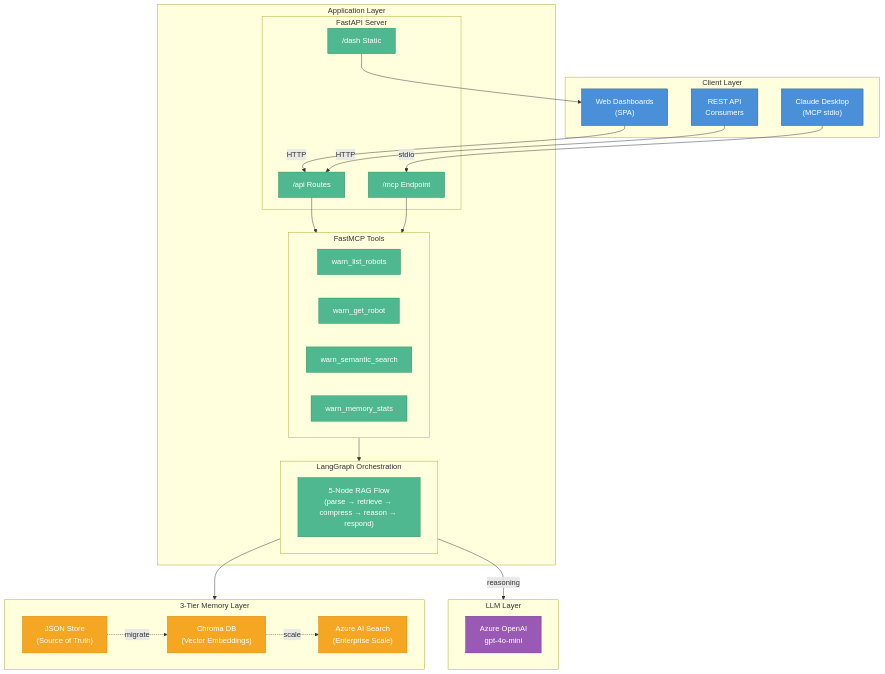
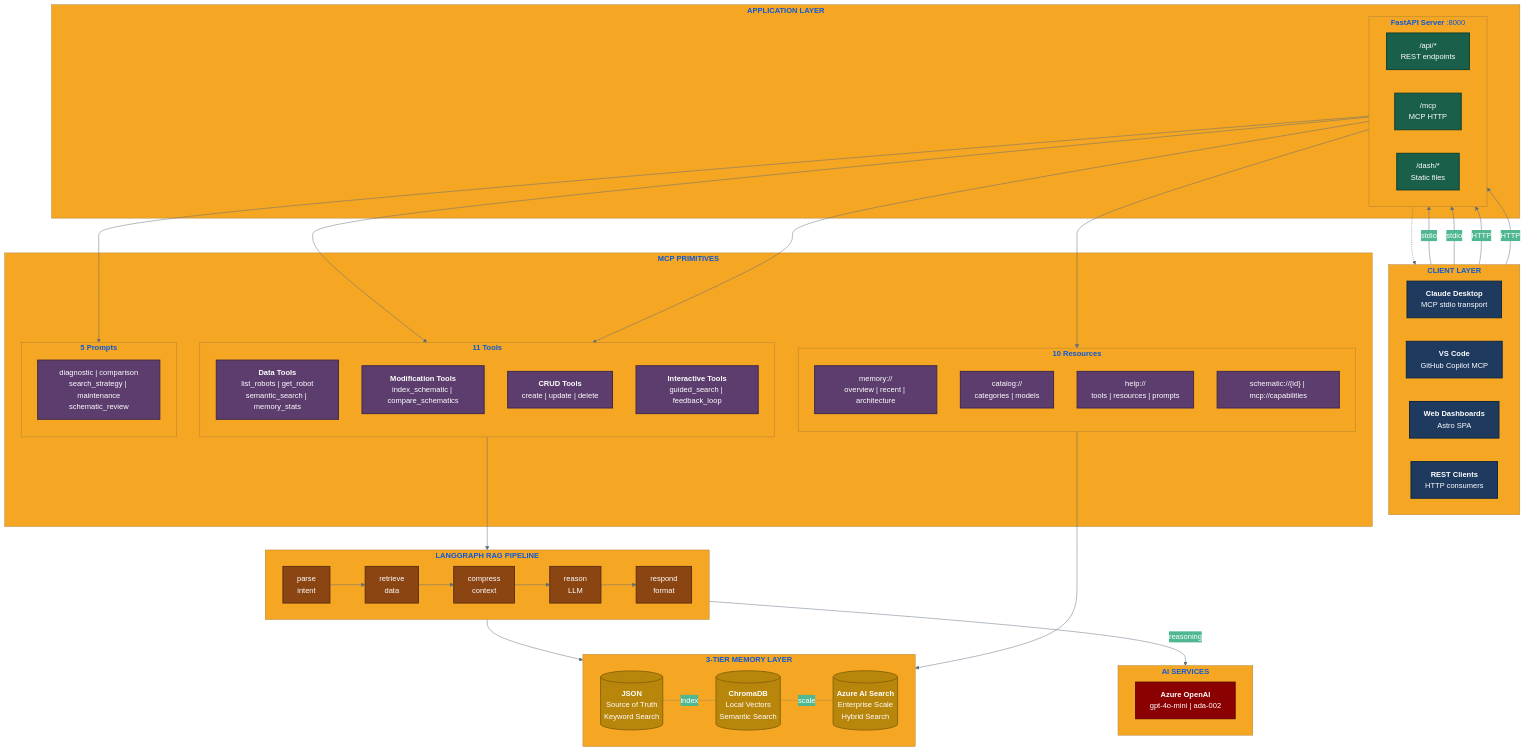
The diagram in docs/diagrams/system-overview.md (timothywarner-org/context-engineering), drawn with Mermaid before and after one commit. The commit also changed other lines of this file and 6 other files, not shown here.

First line of the commit message:
Add architecture diagrams and MCP primitives documentation

````diff
--- a/docs/diagrams/system-overview.md
+++ b/docs/diagrams/system-overview.md
@@ -3,63 +3,98 @@
 ```mermaid
+%%{init: {'theme': 'base', 'themeVariables': { 'primaryColor': '#4a90d9', 'primaryTextColor': '#fff', 'primaryBorderColor': '#2e5984', 'lineColor': '#5a6c7d', 'secondaryColor': '#50b890', 'tertiaryColor': '#f5a623', 'fontFamily': 'Inter, system-ui, sans-serif'}}}%%
 flowchart TB
-    subgraph Clients["Client Layer"]
-        CD["Claude Desktop<br/>(MCP stdio)"]
-        DASH["Web Dashboards<br/>(SPA)"]
-        API["REST API<br/>Consumers"]
+    subgraph Clients["<b>CLIENT LAYER</b>"]
+        direction LR
+        CD["<b>Claude Desktop</b><br/>MCP stdio transport"]
+        VSC["<b>VS Code</b><br/>GitHub Copilot MCP"]
+        DASH["<b>Web Dashboards</b><br/>Astro SPA"]
+        API["<b>REST Clients</b><br/>HTTP consumers"]
     end
 
-    subgraph App["Application Layer"]
-        subgraph FastAPI["FastAPI Server"]
-            ROUTES["/api Routes"]
-            MCP_MOUNT["/mcp Endpoint"]
-            STATIC["/dash Static"]
-        end
-
-        subgraph FastMCP["FastMCP Tools"]
-            T1["warn_list_robots"]
-            T2["warn_get_robot"]
-            T3["warn_semantic_search"]
-            T4["warn_memory_stats"]
-        end
-
-        subgraph LangGraph["LangGraph Orchestration"]
-            LG["5-Node RAG Flow<br/>(parse → retrieve → compress → reason → respond)"]
+    subgraph Server["<b>APPLICATION LAYER</b>"]
+        subgraph FastAPI["<b>FastAPI Server</b> :8000"]
+            direction LR
+            ROUTES["/api/*<br/>REST endpoints"]
+            MCP_EP["/mcp<br/>MCP HTTP"]
+            STATIC["/dash/*<br/>Static files"]
         end
     end
 
-    subgraph Memory["3-Tier Memory Layer"]
-        direction LR
-        JSON["JSON Store<br/>(Source of Truth)"]
-        CHROMA["Chroma DB<br/>(Vector Embeddings)"]
-        AZURE_SEARCH["Azure AI Search<br/>(Enterprise Scale)"]
+    subgraph MCP["<b>MCP PRIMITIVES</b>"]
+        subgraph Tools["<b>11 Tools</b>"]
+            direction TB
+            T_DATA["<b>Data Tools</b><br/>list_robots | get_robot<br/>semantic_search | memory_stats"]
+            T_MOD["<b>Modification Tools</b><br/>index_schematic | compare_schematics"]
+            T_CRUD["<b>CRUD Tools</b><br/>create | update | delete"]
+            T_INT["<b>Interactive Tools</b><br/>guided_search | feedback_loop"]
+        end
+
+        subgraph Resources["<b>10 Resources</b>"]
+            direction TB
+            R_MEM["memory://<br/>overview | recent | architecture"]
+            R_CAT["catalog://<br/>categories | models"]
+            R_HELP["help://<br/>tools | resources | prompts"]
+            R_META["schematic://{id} | mcp://capabilities"]
+        end
+
+        subgraph Prompts["<b>5 Prompts</b>"]
+            direction TB
+            P_ALL["diagnostic | comparison<br/>search_strategy | maintenance<br/>schematic_review"]
+        end
     end
 
-    subgraph LLM["LLM Layer"]
-        OPENAI["Azure OpenAI<br/>gpt-4o-mini"]
+    subgraph Orchestration["<b>LANGGRAPH RAG PIPELINE</b>"]
+        direction LR
+        LG1["parse<br/>intent"]
+        LG2["retrieve<br/>data"]
+        LG3["compress<br/>context"]
+        LG4["reason<br/>LLM"]
+        LG5["respond<br/>format"]
+        LG1 --> LG2 --> LG3 --> LG4 --> LG5
     end
 
-    CD -->|stdio| MCP_MOUNT
+    subgraph Memory["<b>3-TIER MEMORY LAYER</b>"]
+        direction LR
+        JSON[("<b>JSON</b><br/>Source of Truth<br/>Keyword Search")]
+        CHROMA[("<b>ChromaDB</b><br/>Local Vectors<br/>Semantic Search")]
+        AZURE[("<b>Azure AI Search</b><br/>Enterprise Scale<br/>Hybrid Search")]
+        JSON -.-|"index"| CHROMA
+        CHROMA -.-|"scale"| AZURE
+    end
+
+    subgraph AI["<b>AI SERVICES</b>"]
+        AOAI["<b>Azure OpenAI</b><br/>gpt-4o-mini | ada-002"]
+    end
+
+    %% Connections
+    CD -->|stdio| MCP_EP
+    VSC -->|stdio| MCP_EP
     DASH -->|HTTP| ROUTES
     API -->|HTTP| ROUTES
 
-    ROUTES --> FastMCP
-    MCP_MOUNT --> FastMCP
-    STATIC --> DASH
+    ROUTES --> Tools
+    MCP_EP --> Tools
+    MCP_EP --> Resources
+    MCP_EP --> Prompts
+    STATIC -.-> DASH
 
-    FastMCP --> LangGraph
-    LangGraph --> Memory
-    LangGraph -->|reasoning| LLM
+    Tools --> Orchestration
+    Orchestration --> Memory
+    Orchestration -->|"reasoning"| AI
+    Resources --> Memory
 
-    JSON -.->|migrate| CHROMA
-    CHROMA -.->|scale| AZURE_SEARCH
+    %% Styling - High contrast colors
+    classDef clientBox fill:#1e3a5f,stroke:#0d253f,color:#fff,stroke-width:2px
+    classDef serverBox fill:#1a5f4a,stroke:#0d3d2e,color:#fff,stroke-width:2px
+    classDef mcpBox fill:#5c3d6e,stroke:#3d2847,color:#fff,stroke-width:2px
+    classDef orchBox fill:#8b4513,stroke:#5c2d0e,color:#fff,stroke-width:2px
+    classDef memBox fill:#b8860b,stroke:#8b6508,color:#fff,stroke-width:2px
+    classDef aiBox fill:#8b0000,stroke:#5c0000,color:#fff,stroke-width:2px
 
-    classDef clientNode fill:#4a90d9,stroke:#2e5984,color:#fff
-    classDef appNode fill:#50b890,stroke:#2e8b57,color:#fff
-    classDef memoryNode fill:#f5a623,stroke:#d4880f,color:#fff
-    classDef llmNode fill:#9b59b6,stroke:#6c3483,color:#fff
-
-    class CD,DASH,API clientNode
-    class ROUTES,MCP_MOUNT,STATIC,T1,T2,T3,T4,LG appNode
-    class JSON,CHROMA,AZURE_SEARCH memoryNode
-    class OPENAI llmNode
+    class CD,VSC,DASH,API clientBox
+    class ROUTES,MCP_EP,STATIC serverBox
+    class T_DATA,T_MOD,T_CRUD,T_INT,R_MEM,R_CAT,R_HELP,R_META,P_ALL mcpBox
+    class LG1,LG2,LG3,LG4,LG5 orchBox
+    class JSON,CHROMA,AZURE memBox
+    class AOAI aiBox
 ```
````
